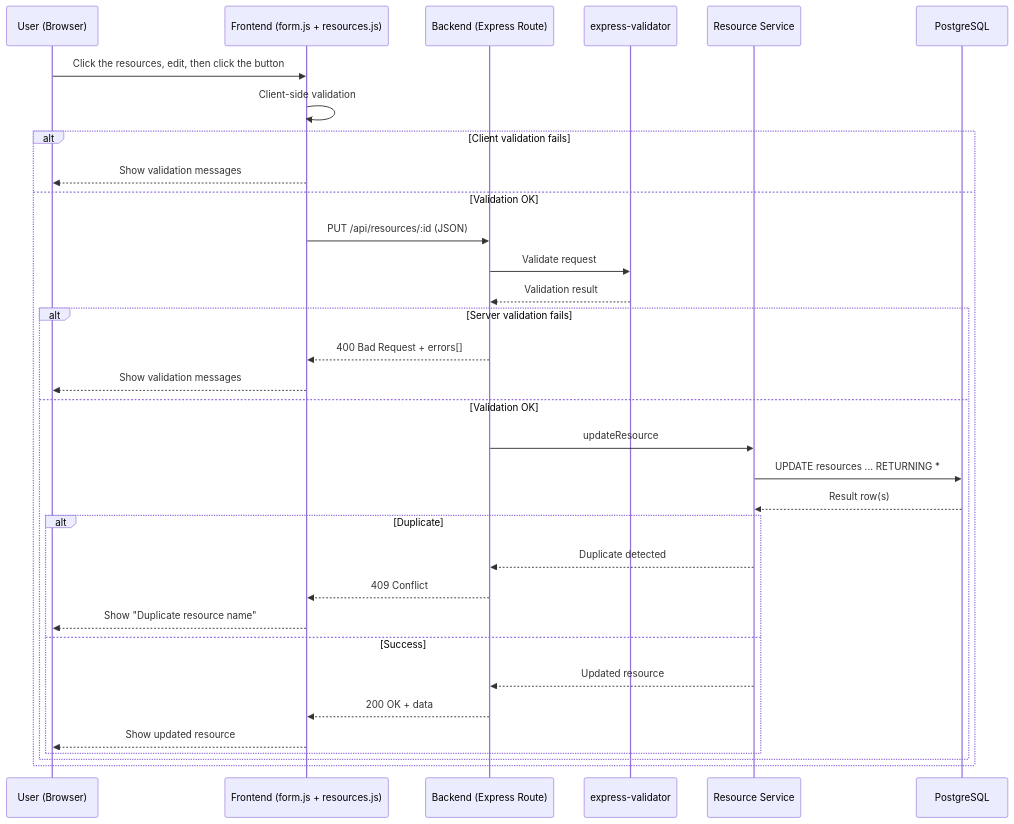
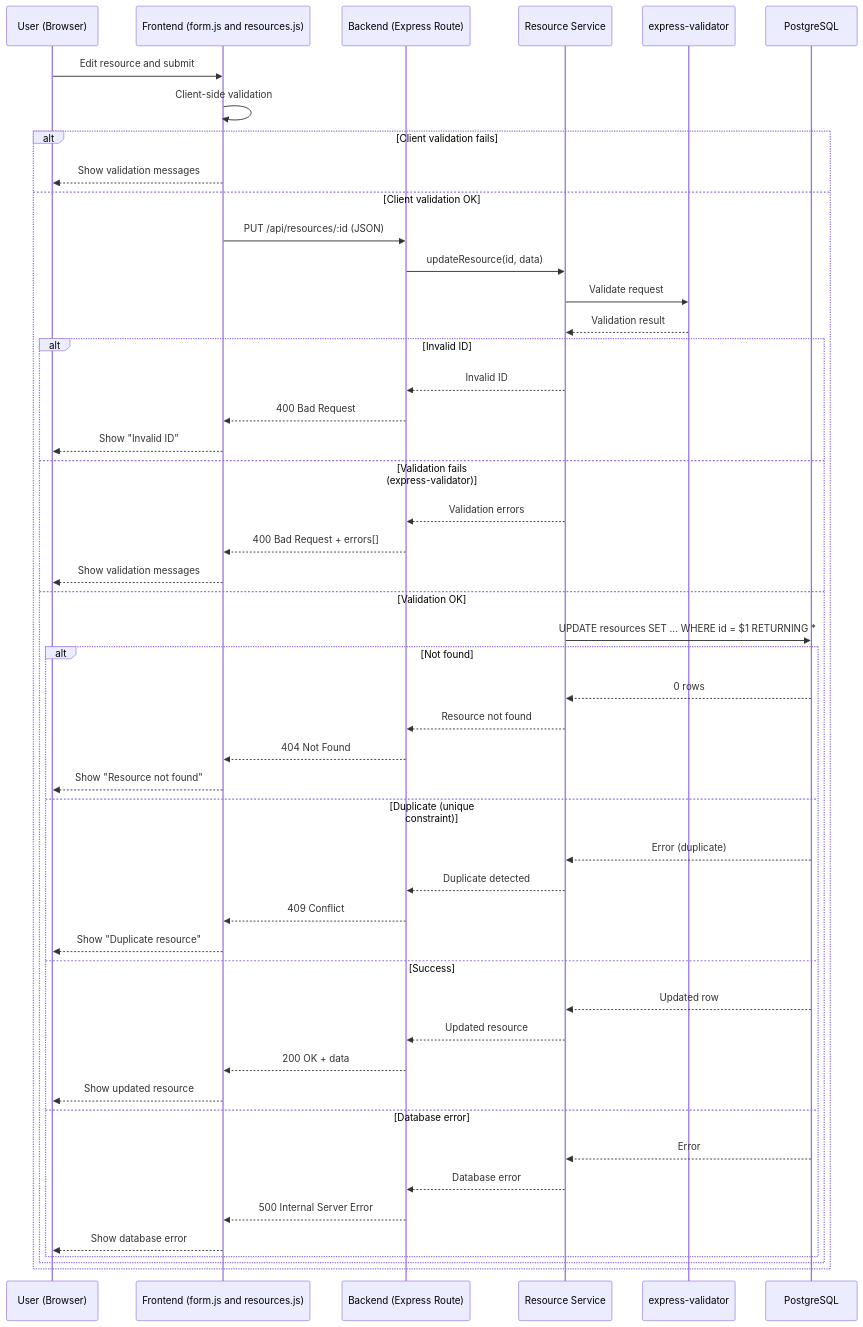
The fourth of 5 diagrams in BookingSystemPhase6/G1_CRUD_DataFlow.md (Mehdi-Mor/AdvancedWebDev), drawn with Mermaid before and after one commit. The commit also changed other lines of this file, not shown here.

````diff
--- a/BookingSystemPhase6/G1_CRUD_DataFlow.md
+++ b/BookingSystemPhase6/G1_CRUD_DataFlow.md
@@ -80,39 +118,56 @@
 ```mermaid
 sequenceDiagram
     participant U as User (Browser)
-    participant F as Frontend (form.js + resources.js)
+    participant F as Frontend (form.js and resources.js)
     participant B as Backend (Express Route)
+    participant S as Resource Service
     participant V as express-validator
-    participant S as Resource Service
     participant DB as PostgreSQL
 
-    U->>F: Click the resources, edit, then click the button
+    U->>F: Edit resource and submit
     F->>F: Client-side validation
+
     alt Client validation fails
         F-->>U: Show validation messages
-    else Validation OK
+    else Client validation OK
         F->>B: PUT /api/resources/:id (JSON)
+        B->>S: updateResource(id, data)
 
-        B->>V: Validate request
-        V-->>B: Validation result
+        S->>V: Validate request
+        V-->>S: Validation result
 
-        alt Server validation fails
+        alt Invalid ID
+            S-->>B: Invalid ID
+            B-->>F: 400 Bad Request
+            F-->>U: Show "Invalid ID"
+        else Validation fails (express-validator)
+            S-->>B: Validation errors
             B-->>F: 400 Bad Request + errors[]
             F-->>U: Show validation messages
         else Validation OK
-            B->>S: updateResource
-            S->>DB: UPDATE resources ... RETURNING *
-            DB-->>S: Result row(s)
+            S->>DB: UPDATE resources SET ... WHERE id = $1 RETURNING *
 
-            alt Duplicate
+            alt Not found
+                DB-->>S: 0 rows
+                S-->>B: Resource not found
+                B-->>F: 404 Not Found
+                F-->>U: Show "Resource not found"
+            else Duplicate (unique constraint)
+                DB-->>S: Error (duplicate)
                 S-->>B: Duplicate detected
                 B-->>F: 409 Conflict
-                F-->>U: Show "Duplicate resource name"
+                F-->>U: Show "Duplicate resource"
             else Success
+                DB-->>S: Updated row
                 S-->>B: Updated resource
                 B-->>F: 200 OK + data
                 F-->>U: Show updated resource
+            else Database error
+                DB-->>S: Error
+                S-->>B: Database error
+                B-->>F: 500 Internal Server Error
+                F-->>U: Show database error
             end
         end
     end
 ```
````
